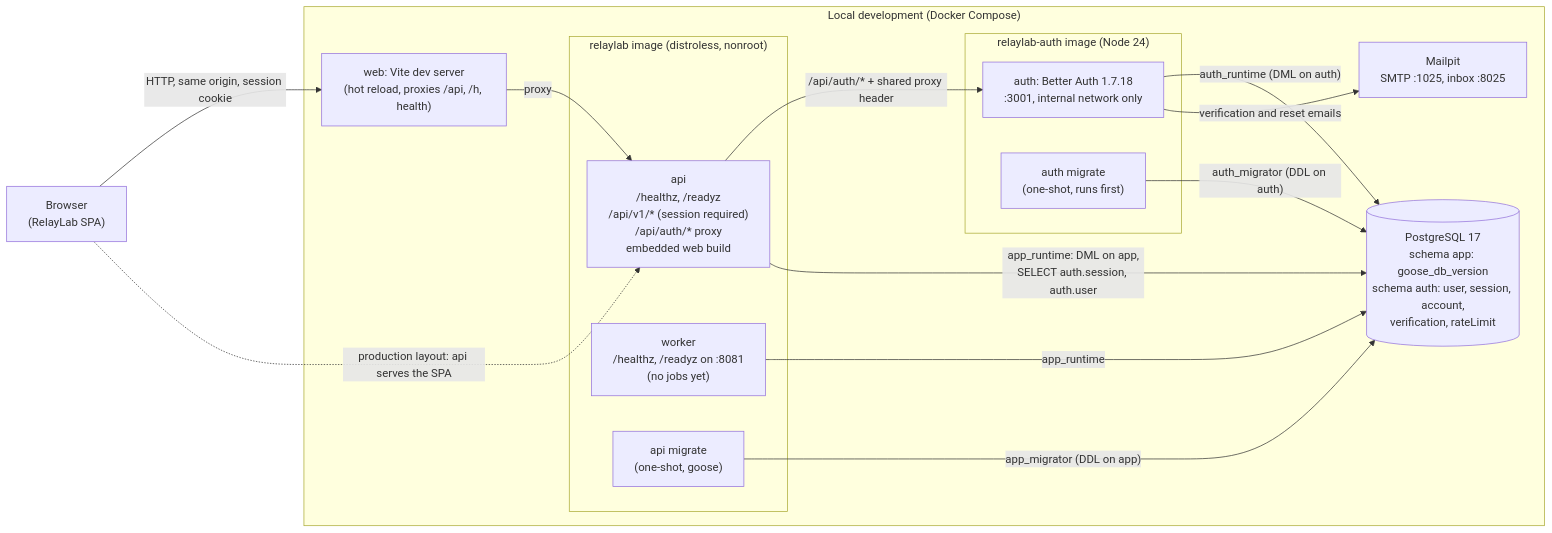
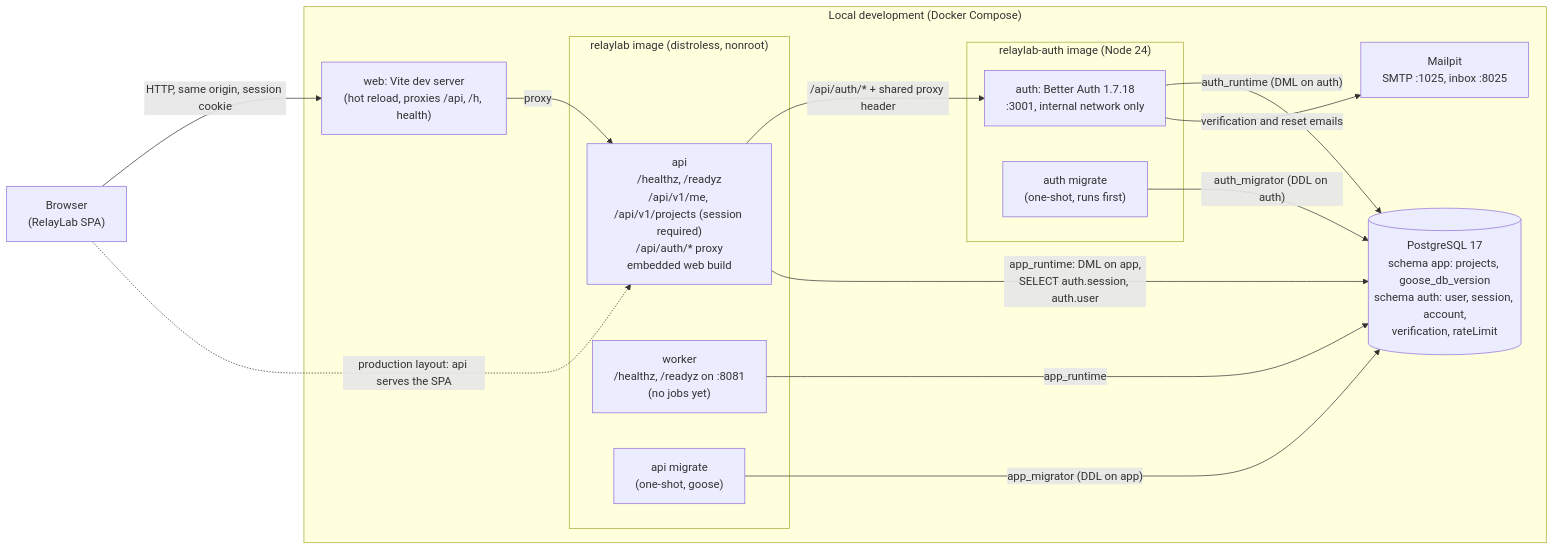
One commit to yasineh/relaylab-app changed the diagram in docs/architecture/overview.md. Above: the diagram before and after it, drawn with Mermaid. The commit also changed 4 other files, not shown here.

Commit message:
Document the projects API, project limit, and deletion cascades

````diff
--- a/docs/architecture/overview.md
+++ b/docs/architecture/overview.md
@@ -6,30 +6,30 @@
 ```mermaid
 flowchart LR
   browser["Browser<br/>(RelayLab SPA)"]
 
   subgraph dev["Local development (Docker Compose)"]
     vite["web: Vite dev server<br/>(hot reload, proxies /api, /h, health)"]
     subgraph image["relaylab image (distroless, nonroot)"]
-      api["api<br/>/healthz, /readyz<br/>/api/v1/* (session required)<br/>/api/auth/* proxy<br/>embedded web build"]
+      api["api<br/>/healthz, /readyz<br/>/api/v1/me, /api/v1/projects (session required)<br/>/api/auth/* proxy<br/>embedded web build"]
       worker["worker<br/>/healthz, /readyz on :8081<br/>(no jobs yet)"]
       migrate["api migrate<br/>(one-shot, goose)"]
     end
     subgraph authimg["relaylab-auth image (Node 24)"]
       auth["auth: Better Auth 1.7.18<br/>:3001, internal network only"]
       authmigrate["auth migrate<br/>(one-shot, runs first)"]
     end
-    pg[("PostgreSQL 17<br/>schema app: goose_db_version<br/>schema auth: user, session, account,<br/>verification, rateLimit")]
+    pg[("PostgreSQL 17<br/>schema app: projects, goose_db_version<br/>schema auth: user, session, account,<br/>verification, rateLimit")]
     mailpit["Mailpit<br/>SMTP :1025, inbox :8025"]
   end
 
   browser -->|"HTTP, same origin, session cookie"| vite
   vite -->|"proxy"| api
   browser -.->|"production layout: api serves the SPA"| api
   api -->|"/api/auth/* + shared proxy header"| auth
   api -->|"app_runtime: DML on app,<br/>SELECT auth.session, auth.user"| pg
   worker -->|"app_runtime"| pg
   migrate -->|"app_migrator (DDL on app)"| pg
   auth -->|"auth_runtime (DML on auth)"| pg
   authmigrate -->|"auth_migrator (DDL on auth)"| pg
   auth -->|"verification and reset emails"| mailpit
 ```
````
